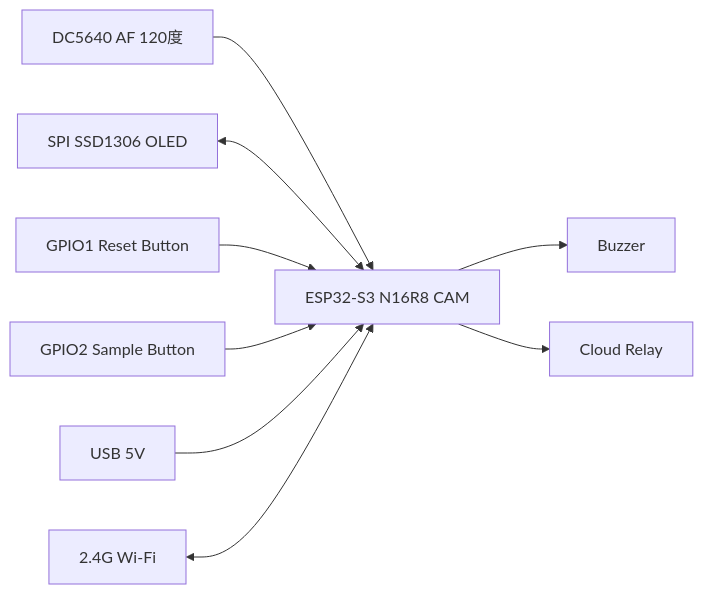
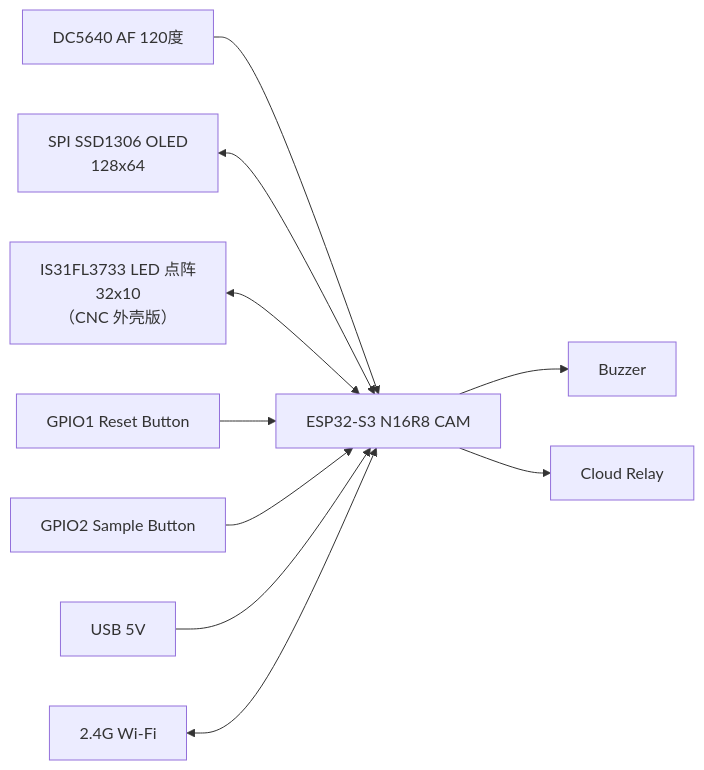
Before and after one commit to Muye2026/Bell-Robot: the first of 2 diagrams in embedded/docs/architecture.md, drawn with Mermaid. The commit also changed other lines of this file and 5 other files, not shown here.

````diff
--- a/embedded/docs/architecture.md
+++ b/embedded/docs/architecture.md
@@ -12,11 +12,12 @@
 ```mermaid
 flowchart LR
   Camera["DC5640 AF 120度"] --> MCU["ESP32-S3 N16R8 CAM"]
-  OLED["SPI SSD1306 OLED"] <--> MCU
+  OLED["SPI SSD1306 OLED<br/>128x64"] <--> MCU
+  Matrix["IS31FL3733 LED 点阵<br/>32x10<br/>（CNC 外壳版）"] <--> MCU
   ResetButton["GPIO1 Reset Button"] --> MCU
   SampleButton["GPIO2 Sample Button"] --> MCU
   MCU --> Buzzer["Buzzer"]
   USB["USB 5V"] --> MCU
   Router["2.4G Wi-Fi"] <--> MCU
   MCU --> Cloud["Cloud Relay"]
 ```
````
